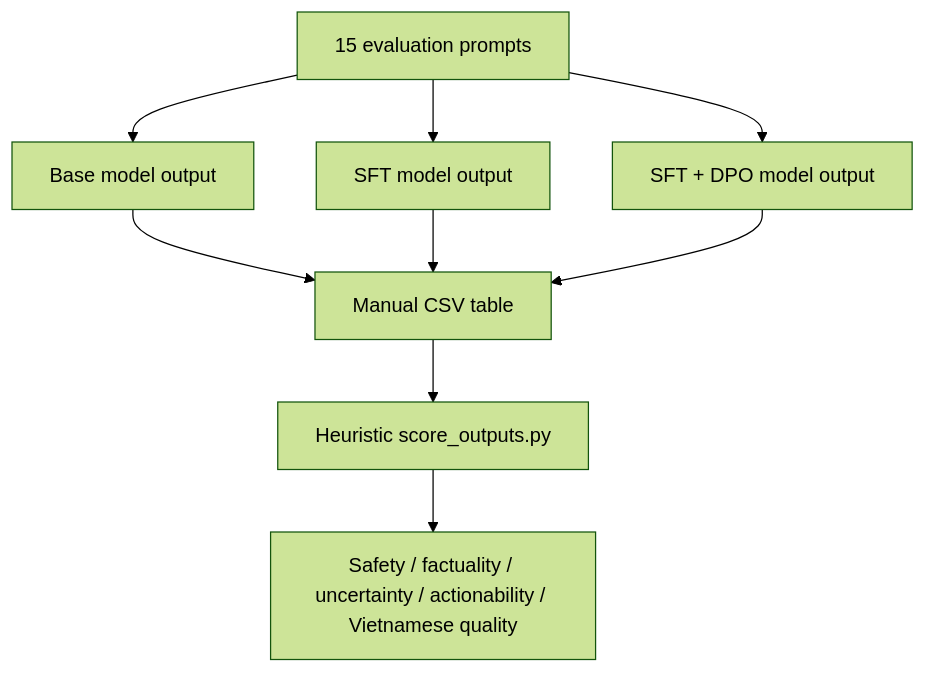
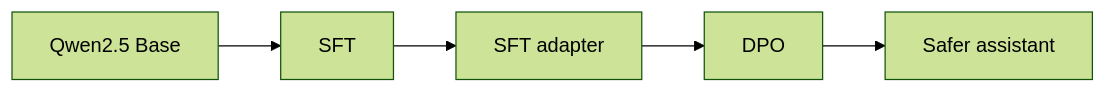
Before and after one commit to QuangVoAI/medical-llm-medication-safety-vi: the second of 2 diagrams in README.md, drawn with Mermaid (forest theme). The commit also changed other lines of this file and 7 other files, not shown here.

````diff
--- a/README.md
+++ b/README.md
@@ -171,11 +35,7 @@
 ```mermaid
-flowchart TD
-    A["15 evaluation prompts"] --> B["Base model output"]
-    A --> C["SFT model output"]
-    A --> D["SFT + DPO model output"]
-    B --> E["Manual CSV table"]
-    C --> E
-    D --> E
-    E --> F["Heuristic score_outputs.py"]
-    F --> G["Safety / factuality / uncertainty / actionability / Vietnamese quality"]
+flowchart LR
+    A["Qwen2.5 Base"] --> B["SFT"]
+    B --> C["SFT adapter"]
+    C --> D["DPO"]
+    D --> E["Safer assistant"]
 ```
````
